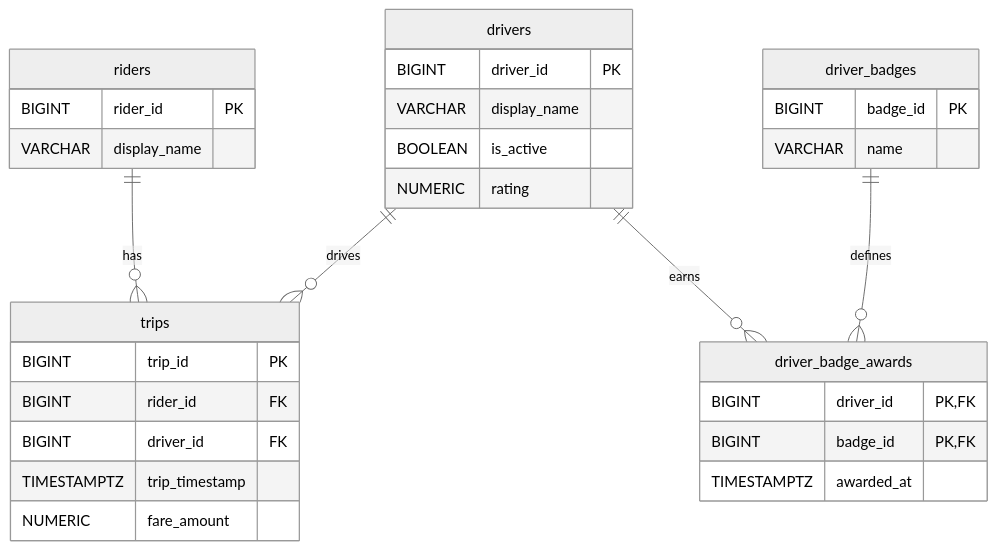
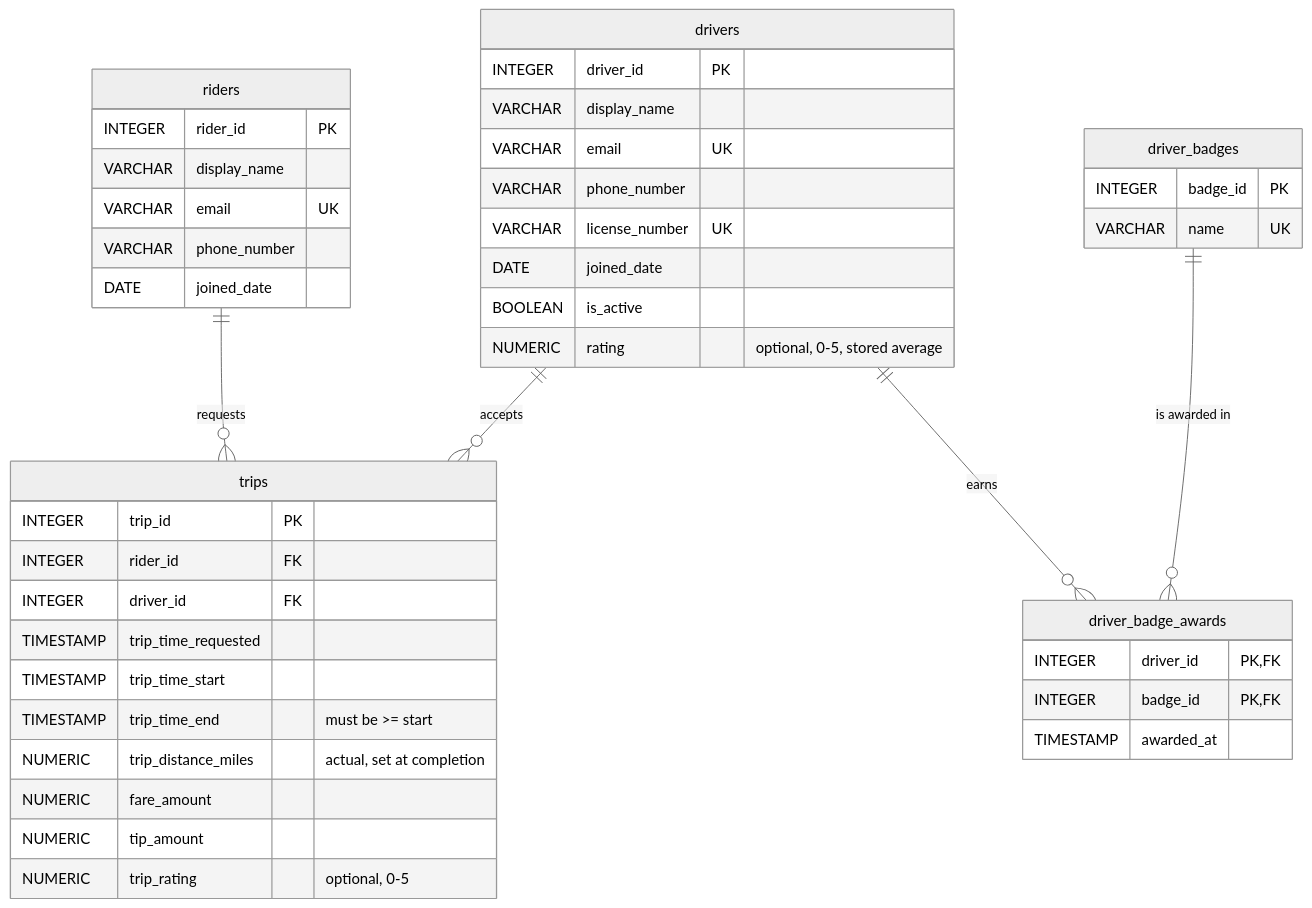
One commit to comet000/ex603-ride-sharing-database changed the diagram in schema/erd.mmd. Above: the diagram before and after it, drawn with Mermaid (neutral theme).

Commit message:
Revise ERD schema for riders, drivers, and trips
Updated data types and relationships in ERD.

```diff
--- a/schema/erd.mmd
+++ b/schema/erd.mmd
@@ -1,36 +1,44 @@
 erDiagram
-    riders ||--o{ trips : has
-    drivers ||--o{ trips : drives
+    riders ||--o{ trips : requests
+    drivers ||--o{ trips : accepts
     drivers ||--o{ driver_badge_awards : earns
-    driver_badges ||--o{ driver_badge_awards : defines
+    driver_badges ||--o{ driver_badge_awards : "is awarded in"
 
     riders {
-        BIGINT rider_id PK
+        INTEGER rider_id PK
         VARCHAR display_name
+        VARCHAR email UK
+        VARCHAR phone_number
+        DATE joined_date
     }
-
     drivers {
-        BIGINT driver_id PK
+        INTEGER driver_id PK
         VARCHAR display_name
+        VARCHAR email UK
+        VARCHAR phone_number
+        VARCHAR license_number UK
+        DATE joined_date
         BOOLEAN is_active
-        NUMERIC rating
+        NUMERIC rating "optional, 0-5, stored average"
     }
-
     trips {
-        BIGINT trip_id PK
-        BIGINT rider_id FK
-        BIGINT driver_id FK
-        TIMESTAMPTZ trip_timestamp
+        INTEGER trip_id PK
+        INTEGER rider_id FK
+        INTEGER driver_id FK
+        TIMESTAMP trip_time_requested
+        TIMESTAMP trip_time_start
+        TIMESTAMP trip_time_end "must be >= start"
+        NUMERIC trip_distance_miles "actual, set at completion"
         NUMERIC fare_amount
+        NUMERIC tip_amount
+        NUMERIC trip_rating "optional, 0-5"
     }
-
     driver_badges {
-        BIGINT badge_id PK
-        VARCHAR name
+        INTEGER badge_id PK
+        VARCHAR name UK
     }
-
     driver_badge_awards {
-        BIGINT driver_id PK, FK
-        BIGINT badge_id PK, FK
-        TIMESTAMPTZ awarded_at
+        INTEGER driver_id PK, FK
+        INTEGER badge_id PK, FK
+        TIMESTAMP awarded_at
     }
```
